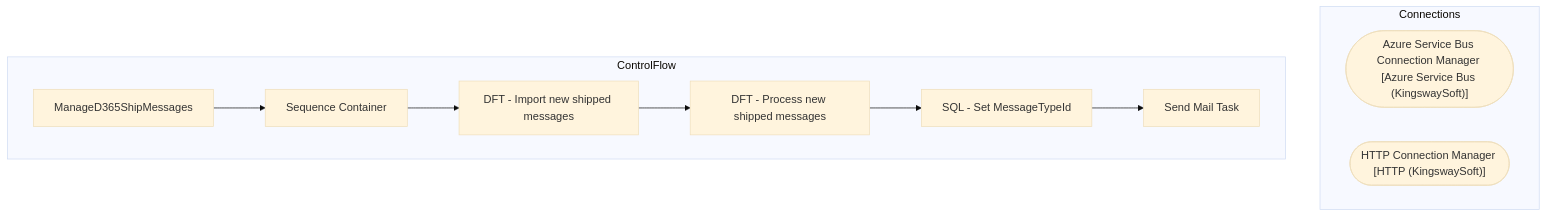
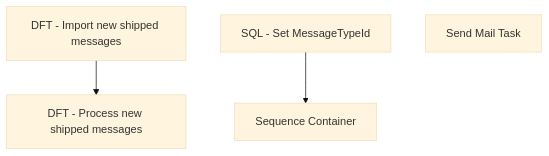
The diagram in bab-docs-explorer/Documentation/STL-SSIS-P-01/SSIS/SSIS/WebOrderProcessing.ManageD365ShipMessages.md (juanandresbrain/BABSkills), drawn with Mermaid (base theme) before and after one commit. The commit also changed other lines of this file and 273 other files, not shown here.

````diff
--- a/bab-docs-explorer/Documentation/STL-SSIS-P-01/SSIS/SSIS/WebOrderProcessing.ManageD365ShipMessages.md
+++ b/bab-docs-explorer/Documentation/STL-SSIS-P-01/SSIS/SSIS/WebOrderProcessing.ManageD365ShipMessages.md
@@ -9,20 +37,10 @@
 ```mermaid
 flowchart TD
-    subgraph Connections
-        Azure_Service_Bus_Connection_Manager_conn(["Azure Service Bus Connection Manager [Azure Service Bus (KingswaySoft)]"])
-        HTTP_Connection_Manager_conn(["HTTP Connection Manager [HTTP (KingswaySoft)]"])
-    end
-    subgraph ControlFlow
-        ManageD365ShipMessages_task["ManageD365ShipMessages"]
-        Sequence_Container_task["Sequence Container"]
-        ManageD365ShipMessages_task --> Sequence_Container_task
-        DFT___Import_new_shipped_messages_task["DFT - Import new shipped messages"]
-        Sequence_Container_task --> DFT___Import_new_shipped_messages_task
-        DFT___Process_new_shipped_messages_task["DFT - Process new shipped messages"]
-        DFT___Import_new_shipped_messages_task --> DFT___Process_new_shipped_messages_task
-        SQL___Set_MessageTypeId_task["SQL - Set MessageTypeId"]
-        DFT___Process_new_shipped_messages_task --> SQL___Set_MessageTypeId_task
-        Send_Mail_Task_task["Send Mail Task"]
-        SQL___Set_MessageTypeId_task --> Send_Mail_Task_task
-    end
+    n_Package_Sequence_Container["Sequence Container"]
+    n_Package_Sequence_Container_DFT___Import_new_shipped_messages["DFT - Import new shipped messages"]
+    n_Package_Sequence_Container_DFT___Process_new_shipped_messages["DFT - Process new shipped messages"]
+    n_Package_SQL___Set_MessageTypeId["SQL - Set MessageTypeId"]
+    n_Package_EventHandlers_OnError__Send_Mail_Task["Send Mail Task"]
+    n_Package_Sequence_Container_DFT___Import_new_shipped_messages --> n_Package_Sequence_Container_DFT___Process_new_shipped_messages
+    n_Package_SQL___Set_MessageTypeId --> n_Package_Sequence_Container
 ```
````
